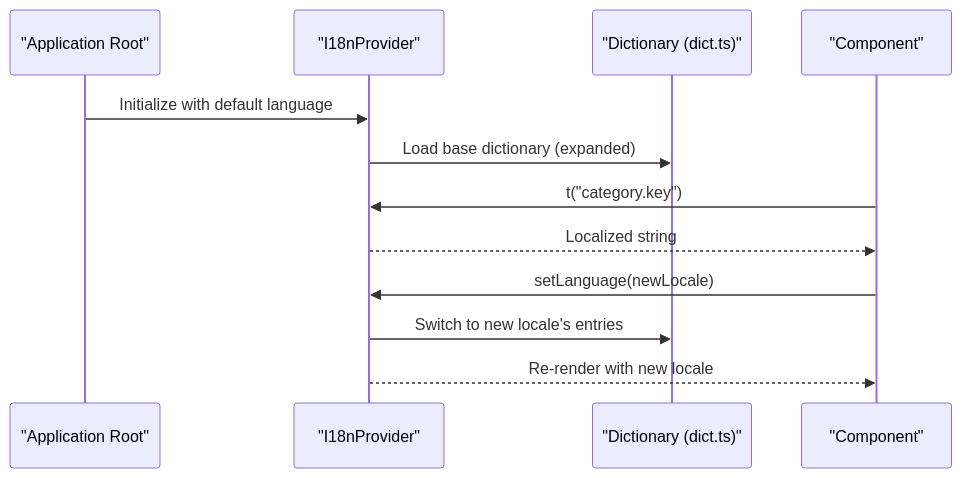
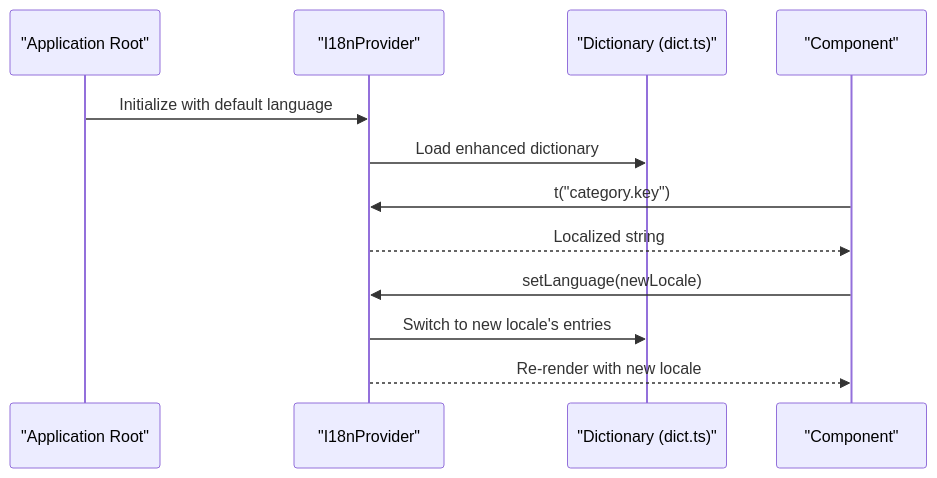
Before and after one commit to alibaba-hackathon-fsi/frontend-vaya: the second of 7 diagrams in .qoder/repowiki/en/content/Internationalization.md, drawn with Mermaid. The commit also changed other lines of this file and 4 other files, not shown here.

````diff
--- a/.qoder/repowiki/en/content/Internationalization.md
+++ b/.qoder/repowiki/en/content/Internationalization.md
@@ -133,14 +133,14 @@
 ```mermaid
 sequenceDiagram
 participant App as "Application Root"
 participant Provider as "I18nProvider"
 participant Dict as "Dictionary (dict.ts)"
 participant Comp as "Component"
 App->>Provider : Initialize with default language
-Provider->>Dict : Load base dictionary (expanded)
+Provider->>Dict : Load enhanced dictionary
 Comp->>Provider : t("category.key")
 Provider-->>Comp : Localized string
 Comp->>Provider : setLanguage(newLocale)
 Provider->>Dict : Switch to new locale's entries
 Provider-->>Comp : Re-render with new locale
 ```
````
